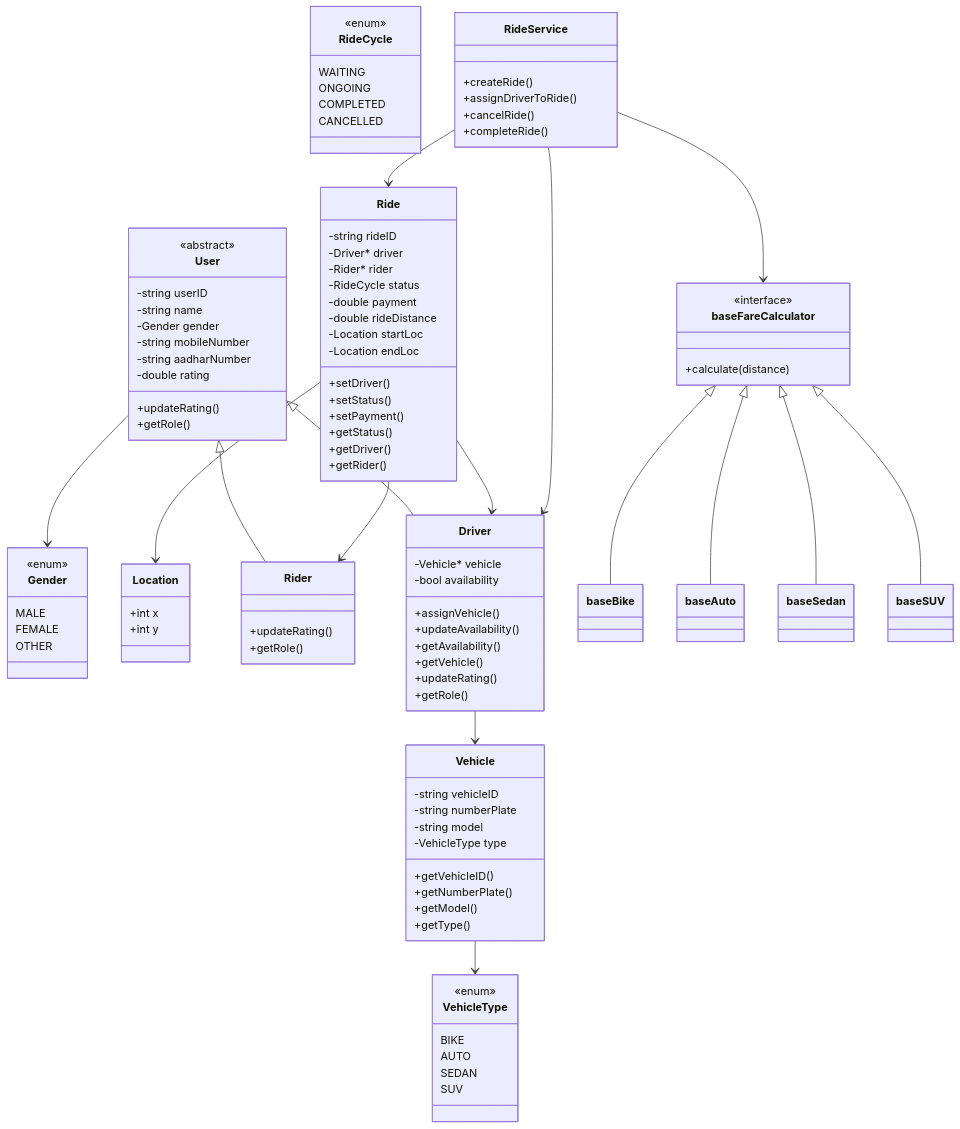
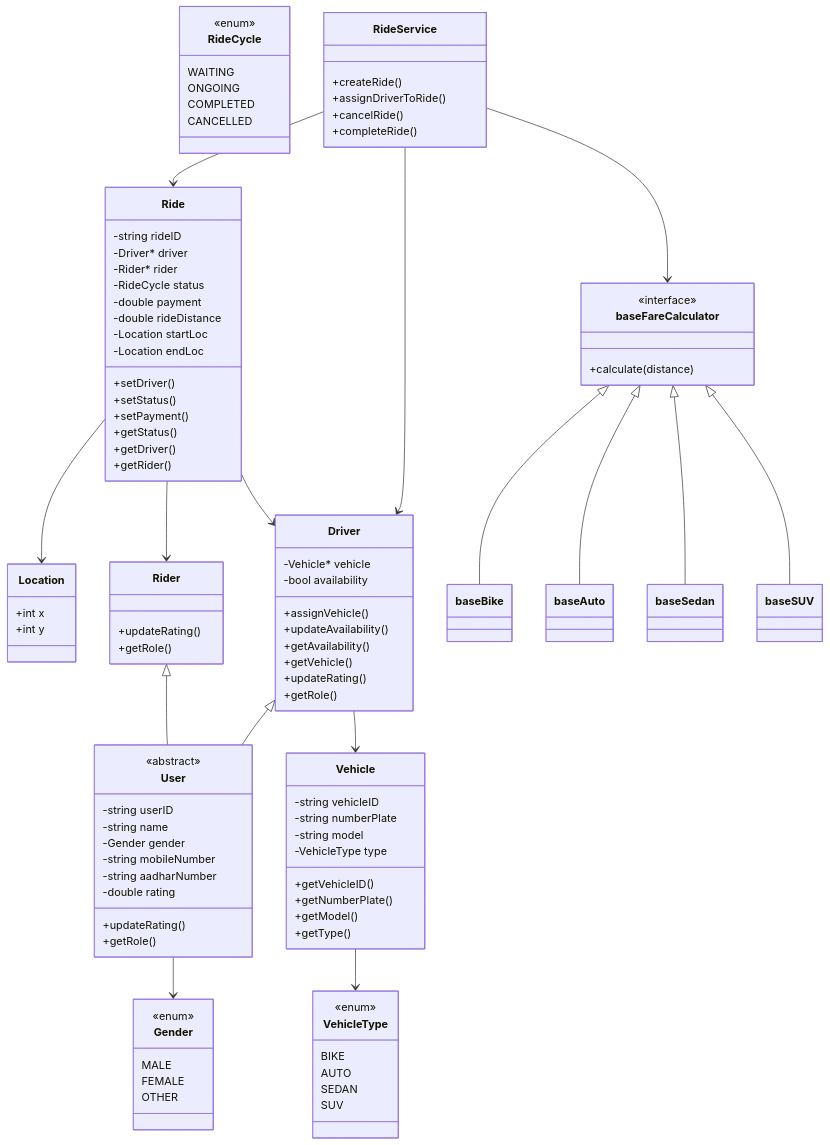
One commit to ShreedharG/Ride_Sharing-System_Design changed the diagram in README.md. Above: the diagram before and after it, drawn with Mermaid.

```diff
--- a/README.md
+++ b/README.md
@@ -129,8 +129,8 @@
     class baseSUV
 
     %% ===== Inheritance =====
-    User <|-- Rider
-    User <|-- Driver
+    Rider <|-- User
+    Driver <|-- User
 
     baseFareCalculator <|-- baseBike
     baseFareCalculator <|-- baseAuto
```
